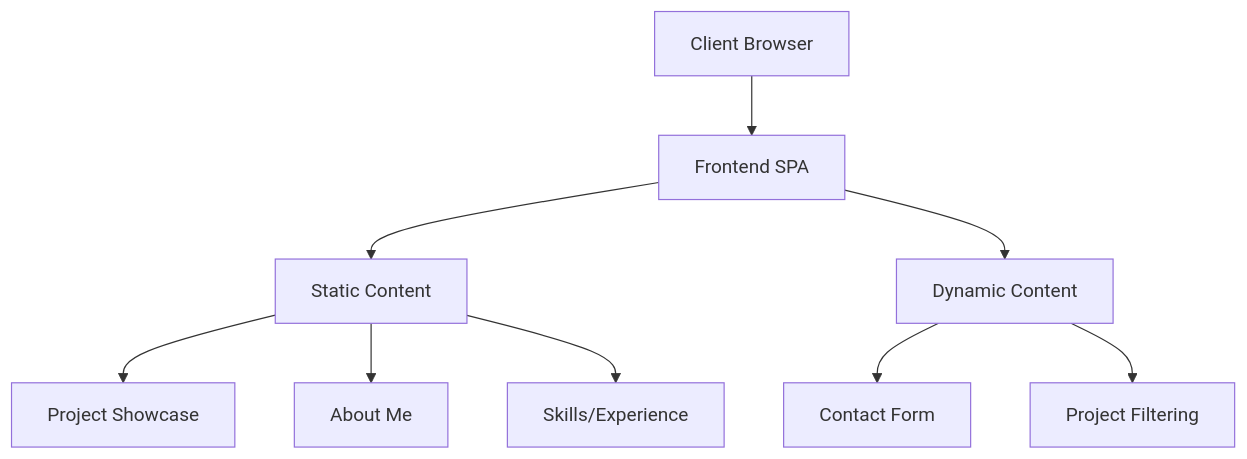
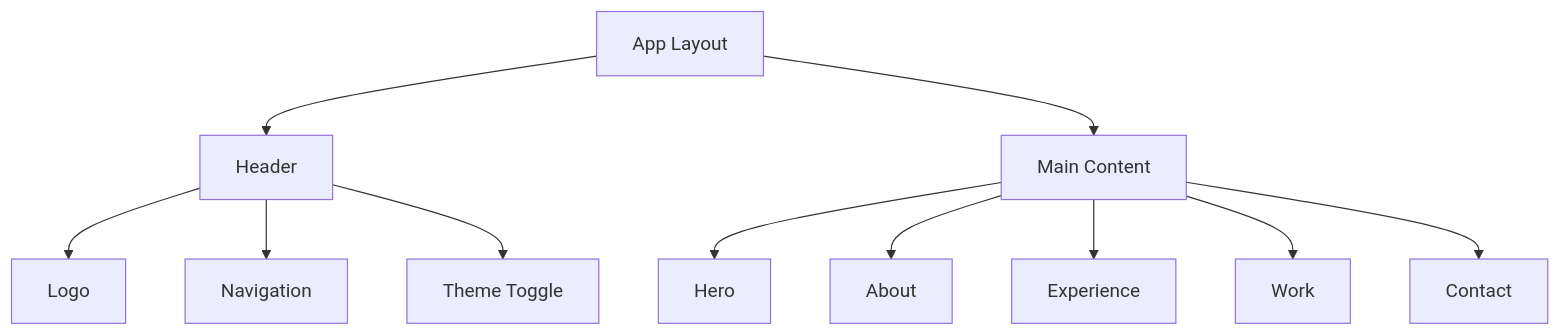
One commit to tophbuddy/my-professional-portfolio changed the second of 3 diagrams in docs/ARCHITECTURE.md. Above: the diagram before and after it, drawn with Mermaid. The commit also changed other lines of this file and 59 other files, not shown here.

````diff
--- a/docs/ARCHITECTURE.md
+++ b/docs/ARCHITECTURE.md
@@ -6,11 +50,13 @@
 ```mermaid
 graph TD
-    A[Client Browser] --> B[Frontend SPA]
-    B --> C[Static Content]
-    B --> D[Dynamic Content]
-    C --> E[Project Showcase]
-    C --> F[About Me]
-    C --> G[Skills/Experience]
-    D --> H[Contact Form]
-    D --> I[Project Filtering]
+    A[App Layout] --> B[Header]
+    A --> C[Main Content]
+    B --> D[Logo]
+    B --> E[Navigation]
+    B --> F[Theme Toggle]
+    C --> G[Hero]
+    C --> H[About]
+    C --> I[Experience]
+    C --> J[Work]
+    C --> K[Contact]
 ```
````
